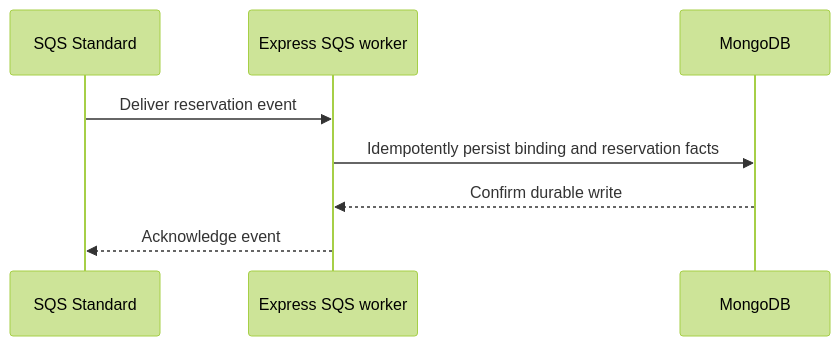
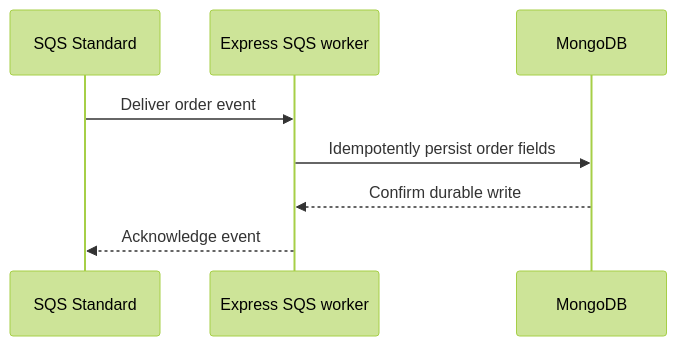
Before and after one commit to rantingmong/bookipi-test: the second of 2 diagrams in docs/checkout.md, drawn with Mermaid (forest theme). The commit also changed other lines of this file and 47 other files, not shown here.

````diff
--- a/docs/checkout.md
+++ b/docs/checkout.md
@@ -28,10 +28,10 @@
 ```mermaid
 sequenceDiagram
     participant Q as SQS Standard
     participant W as Express SQS worker
     participant M as MongoDB
-    Q->>W: Deliver reservation event
-    W->>M: Idempotently persist binding and reservation facts
+    Q->>W: Deliver order event
+    W->>M: Idempotently persist order fields
     M-->>W: Confirm durable write
     W-->>Q: Acknowledge event
 ```
````
